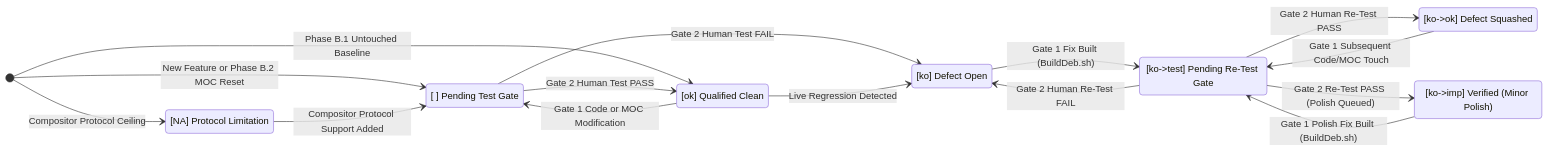
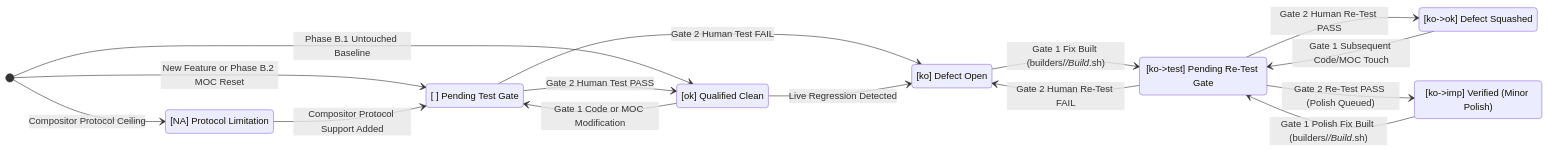
One commit to sergiomelas/WayPlank changed the diagram in FAT/WAYPLANK_LIFETIME_BUG_REGISTER.md. Above: the diagram before and after it, drawn with Mermaid. The commit also changed other lines of this file and 54 other files, not shown here.

````diff
--- a/FAT/WAYPLANK_LIFETIME_BUG_REGISTER.md
+++ b/FAT/WAYPLANK_LIFETIME_BUG_REGISTER.md
@@ -83,32 +82,32 @@
 ```mermaid
 stateDiagram-v2
     direction LR
     state "[  ] Pending Test Gate" as PENDING
     state "[ok] Qualified Clean" as OK
     state "[ko] Defect Open" as KO
     state "[ko->test] Pending Re-Test Gate" as KOTEST
     state "[ko->ok] Defect Squashed" as KOOK
     state "[ko->imp] Verified (Minor Polish)" as KOIMP
     state "[NA] Protocol Limitation" as NA
 
     [*] --> PENDING : New Feature or Phase B.2 MOC Reset
     [*] --> OK : Phase B.1 Untouched Baseline
     [*] --> NA : Compositor Protocol Ceiling
 
     PENDING --> OK : Gate 2 Human Test PASS
     PENDING --> KO : Gate 2 Human Test FAIL
 
     OK --> PENDING : Gate 1 Code or MOC Modification
     OK --> KO : Live Regression Detected
 
-    KO --> KOTEST : Gate 1 Fix Built (BuildDeb.sh)
+    KO --> KOTEST : Gate 1 Fix Built (builders/*/Build*.sh)
 
     KOTEST --> KOOK : Gate 2 Human Re-Test PASS
     KOTEST --> KOIMP : Gate 2 Re-Test PASS (Polish Queued)
     KOTEST --> KO : Gate 2 Human Re-Test FAIL
 
     KOOK --> KOTEST : Gate 1 Subsequent Code/MOC Touch
-    KOIMP --> KOTEST : Gate 1 Polish Fix Built (BuildDeb.sh)
+    KOIMP --> KOTEST : Gate 1 Polish Fix Built (builders/*/Build*.sh)
 
     NA --> PENDING : Compositor Protocol Support Added
 ```
````
